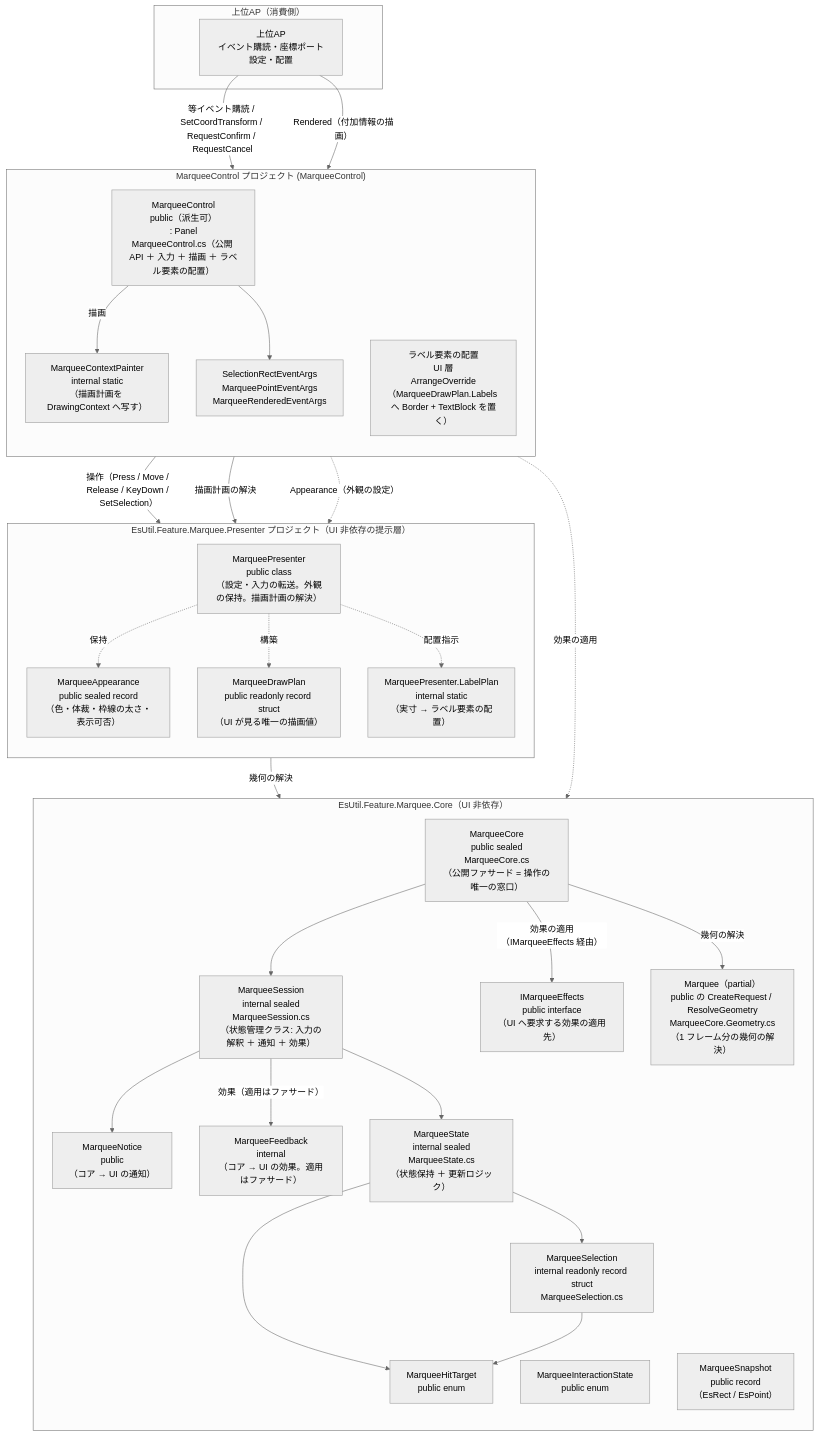
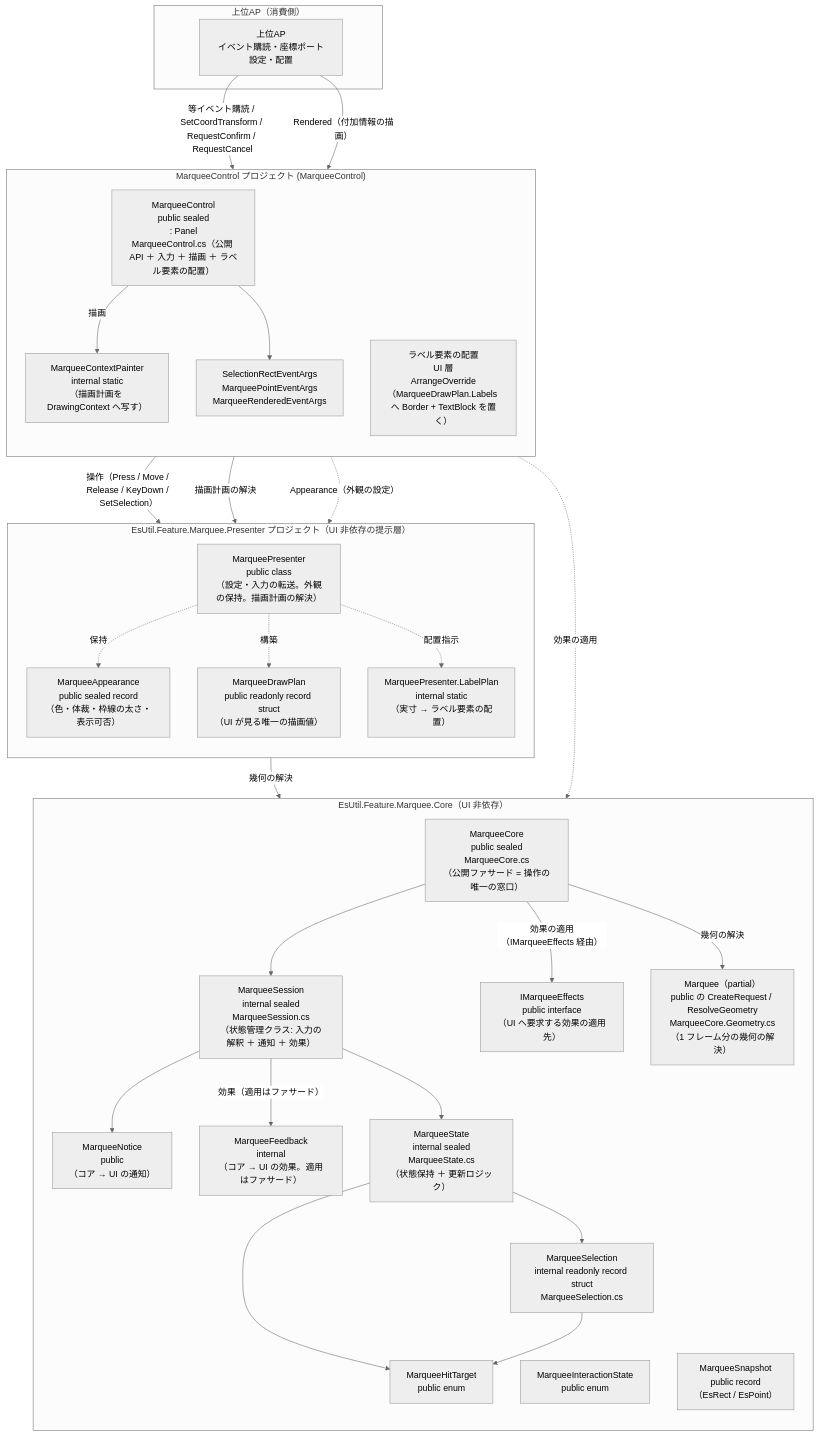
Before and after one commit to tomokuni/SaveEvidence: the first of 2 diagrams in src/EsUtil.Feature.Marquee.ControlAvaloniaUI/docs/SPEC_System.md, drawn with Mermaid (neutral theme). The commit also changed other lines of this file and 37 other files, not shown here.

````diff
--- a/src/EsUtil.Feature.Marquee.ControlAvaloniaUI/docs/SPEC_System.md
+++ b/src/EsUtil.Feature.Marquee.ControlAvaloniaUI/docs/SPEC_System.md
@@ -98,56 +98,56 @@
 ```mermaid
 flowchart TB
     subgraph Host["上位AP（消費側）"]
         AP["上位AP<br/>イベント購読・座標ポート設定・配置"]
     end
     subgraph Core["EsUtil.Feature.Marquee.Core（UI 非依存）"]
         direction TB
         Fac["MarqueeCore<br/>public sealed<br/>MarqueeCore.cs<br/>（公開ファサード = 操作の唯一の窓口）"]
         Eff["IMarqueeEffects<br/>public interface<br/>（UI へ要求する効果の適用先）"]
         Ses["MarqueeSession<br/>internal sealed<br/>MarqueeSession.cs<br/>（状態管理クラス: 入力の解釈 ＋ 通知 ＋ 効果）"]
         Ntc["MarqueeNotice<br/>public<br/>（コア → UI の通知）"]
         Fbk["MarqueeFeedback<br/>internal<br/>（コア → UI の効果。適用はファサード）"]
         Stt["MarqueeState<br/>internal sealed<br/>MarqueeState.cs<br/>（状態保持 ＋ 更新ロジック）"]
         Geo["MarqueeSelection<br/>internal readonly record struct<br/>MarqueeSelection.cs"]
         Hdl["MarqueeHitTarget<br/>public enum"]
         Hdl2["MarqueeInteractionState<br/>public enum"]
         Hdl3["MarqueeSnapshot<br/>public record<br/>（EsRect / EsPoint）"]
         Frm["Marquee（partial）<br/>public の CreateRequest / ResolveGeometry<br/>MarqueeCore.Geometry.cs<br/>（1 フレーム分の幾何の解決）"]
     end
     subgraph DRC2["MarqueeControl プロジェクト (MarqueeControl)"]
         direction TB
-        Ctl["MarqueeControl<br/>public（派生可）<br/>: Panel<br/>MarqueeControl.cs（公開 API ＋ 入力 ＋ 描画 ＋ ラベル要素の配置）"]
+        Ctl["MarqueeControl<br/>public sealed<br/>: Panel<br/>MarqueeControl.cs（公開 API ＋ 入力 ＋ 描画 ＋ ラベル要素の配置）"]
         Painter["MarqueeContextPainter<br/>internal static<br/>（描画計画を DrawingContext へ写す）"]
         Lbl["ラベル要素の配置<br/>UI 層<br/>ArrangeOverride<br/>（MarqueeDrawPlan.Labels へ Border + TextBlock を置く）"]
         Evt["SelectionRectEventArgs<br/>MarqueePointEventArgs<br/>MarqueeRenderedEventArgs"]
     end
     subgraph Rnd2["EsUtil.Feature.Marquee.Presenter プロジェクト（UI 非依存の提示層）"]
         direction TB
         Prs["MarqueePresenter<br/>public class<br/>（設定・入力の転送。外観の保持。描画計画の解決）"]
         Plan["MarqueeDrawPlan<br/>public readonly record struct<br/>（UI が見る唯一の描画値）"]
         Apx["MarqueeAppearance<br/>public sealed record<br/>（色・体裁・枠線の太さ・表示可否）"]
         Pln["MarqueePresenter.LabelPlan<br/>internal static<br/>（実寸 → ラベル要素の配置）"]
     end
 
     AP -->|等イベント購読 / SetCoordTransform / RequestConfirm / RequestCancel| Ctl
     AP -->|Rendered（付加情報の描画）| Lbl
     Ctl -->|操作（Press / Move / Release / KeyDown / SetSelection）| Prs
     Ctl -.->|効果の適用| Eff
     Ctl -->|描画計画の解決| Prs
     Ctl -->|描画| Painter
     Ctl -.->|Appearance（外観の設定）| Prs
     Prs -.->|保持| Apx
     Prs -.->|構築| Plan
     Prs -.->|配置指示| Pln
     Prs -->|幾何の解決| Fac
     Fac --> Ses
     Fac -->|効果の適用（IMarqueeEffects 経由）| Eff
     Fac -->|幾何の解決| Frm
     Ctl --> Evt
     Ses --> Ntc
     Ses -->|効果（適用はファサード）| Fbk
     Ses --> Stt
     Stt --> Geo
     Stt --> Hdl
     Geo --> Hdl
 ```
````
